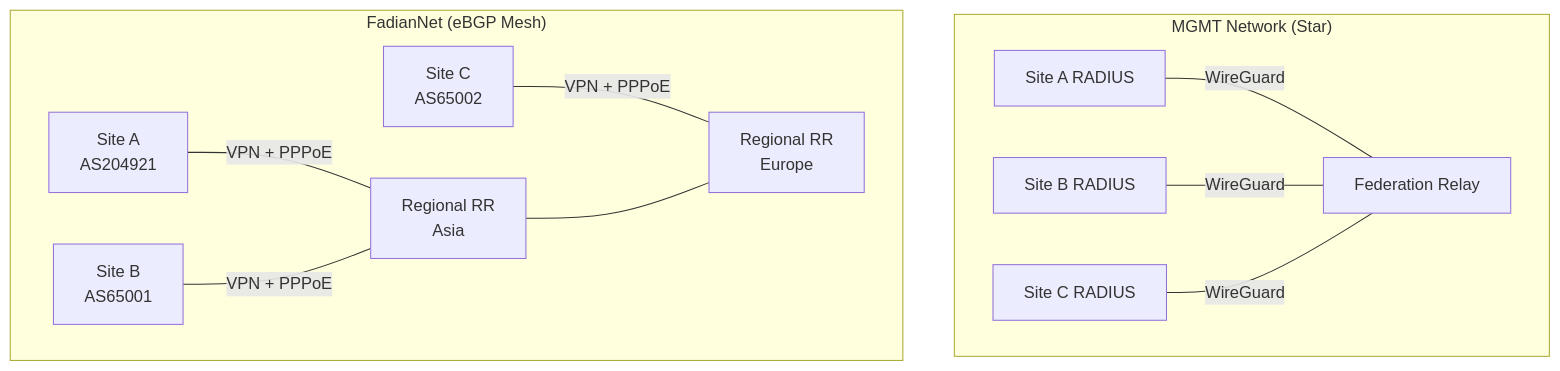
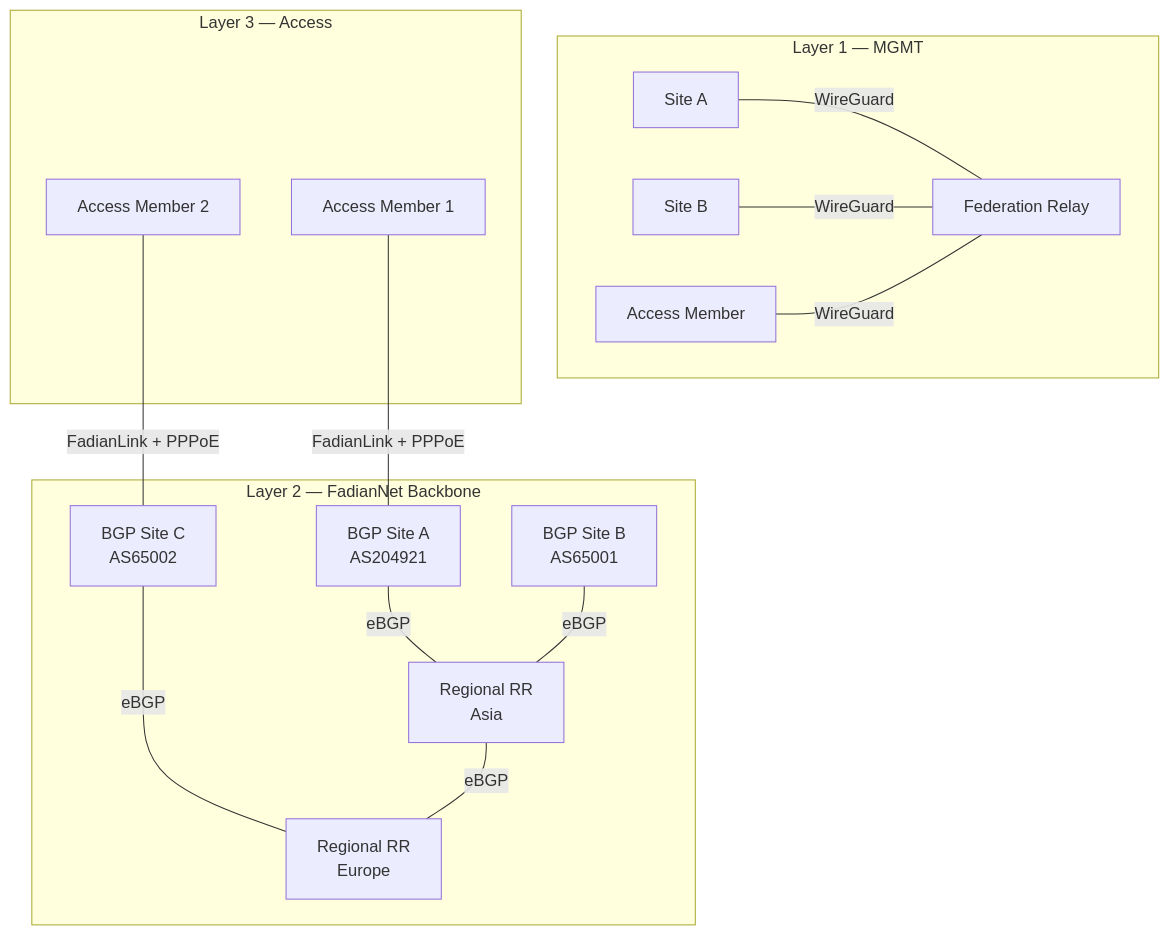
The diagram in docs/architecture/network.md (FadianRoam/fadianroam-blueprint), drawn with Mermaid before and after one commit. The commit also changed other lines of this file and 2 other files, not shown here.

First line of the commit message:
Complete architecture redesign: 3 layers + FadianLink

````diff
--- a/docs/architecture/network.md
+++ b/docs/architecture/network.md
@@ -7,15 +7,20 @@
 ```mermaid
 graph TB
-    subgraph "MGMT Network (Star)"
-        R_A[Site A RADIUS] ---|WireGuard| RELAY[Federation Relay]
-        R_B[Site B RADIUS] ---|WireGuard| RELAY
-        R_C[Site C RADIUS] ---|WireGuard| RELAY
+    subgraph "Layer 1 — MGMT"
+        R_A[Site A] ---|WireGuard| RELAY[Federation Relay]
+        R_B[Site B] ---|WireGuard| RELAY
+        R_C[Access Member] ---|WireGuard| RELAY
     end
 
-    subgraph "FadianNet (eBGP Mesh)"
-        F_A[Site A<br/>AS204921] ---|VPN + PPPoE| RR1[Regional RR<br/>Asia]
-        F_B[Site B<br/>AS65001] ---|VPN + PPPoE| RR1
-        F_C[Site C<br/>AS65002] ---|VPN + PPPoE| RR2[Regional RR<br/>Europe]
-        RR1 --- RR2
+    subgraph "Layer 2 — FadianNet Backbone"
+        F_A[BGP Site A<br/>AS204921] ---|eBGP| RR1[Regional RR<br/>Asia]
+        F_B[BGP Site B<br/>AS65001] ---|eBGP| RR1
+        F_C[BGP Site C<br/>AS65002] ---|eBGP| RR2[Regional RR<br/>Europe]
+        RR1 ---|eBGP| RR2
+    end
+
+    subgraph "Layer 3 — Access"
+        ACC1[Access Member 1] ---|FadianLink + PPPoE| F_A
+        ACC2[Access Member 2] ---|FadianLink + PPPoE| F_C
     end
 ```
````
